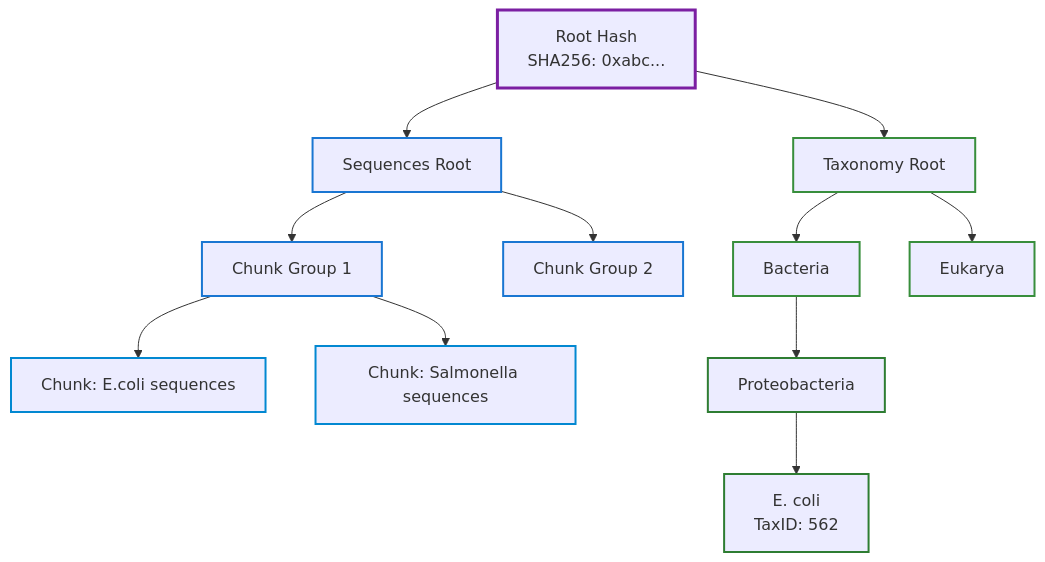
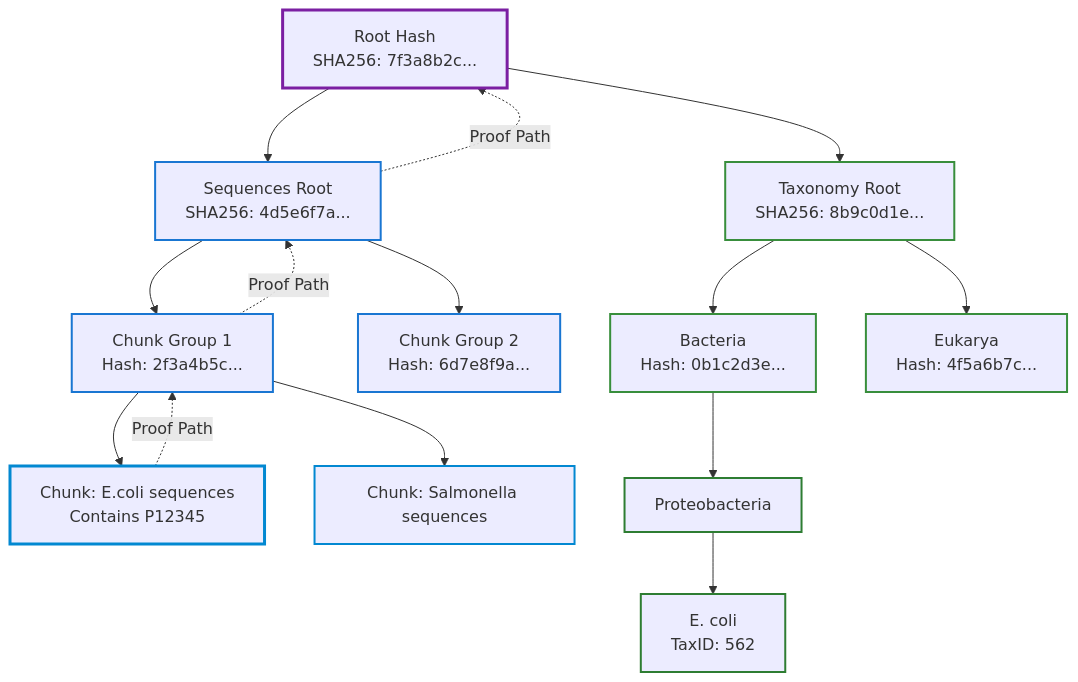
The third of 7 diagrams in docs/src/casg/overview.md (bfowle/talaria), drawn with Mermaid before and after one commit. The commit also changed other lines of this file and 168 other files, not shown here.

````diff
--- a/docs/src/casg/overview.md
+++ b/docs/src/casg/overview.md
@@ -76,33 +135,37 @@
 ```mermaid
 graph TD
-    Root[Root Hash<br/>SHA256: 0xabc...]
-    S[Sequences Root]
-    T[Taxonomy Root]
+    Root[Root Hash<br/>SHA256: 7f3a8b2c...]
+    S[Sequences Root<br/>SHA256: 4d5e6f7a...]
+    T[Taxonomy Root<br/>SHA256: 8b9c0d1e...]
 
     Root --> S
     Root --> T
 
-    S --> S1[Chunk Group 1]
-    S --> S2[Chunk Group 2]
+    S --> S1[Chunk Group 1<br/>Hash: 2f3a4b5c...]
+    S --> S2[Chunk Group 2<br/>Hash: 6d7e8f9a...]
 
-    T --> T1[Bacteria]
-    T --> T2[Eukarya]
+    T --> T1[Bacteria<br/>Hash: 0b1c2d3e...]
+    T --> T2[Eukarya<br/>Hash: 4f5a6b7c...]
 
-    S1 --> C1[Chunk: E.coli sequences]
+    S1 --> C1[Chunk: E.coli sequences<br/>Contains P12345]
     S1 --> C2[Chunk: Salmonella sequences]
 
     T1 --> T3[Proteobacteria]
     T3 --> T4[E. coli<br/>TaxID: 562]
+
+    C1 -.->|Proof Path| S1
+    S1 -.->|Proof Path| S
+    S -.->|Proof Path| Root
 
     style Root stroke:#7b1fa2,stroke-width:3px
     style S stroke:#1976d2,stroke-width:2px
     style T stroke:#388e3c,stroke-width:2px
     style S1 stroke:#1976d2,stroke-width:2px
     style S2 stroke:#1976d2,stroke-width:2px
     style T1 stroke:#388e3c,stroke-width:2px
     style T2 stroke:#388e3c,stroke-width:2px
-    style C1 stroke:#0288d1,stroke-width:2px
+    style C1 stroke:#0288d1,stroke-width:3px
     style C2 stroke:#0288d1,stroke-width:2px
     style T3 stroke:#2e7d32,stroke-width:2px
     style T4 stroke:#2e7d32,stroke-width:2px
 ```
````
